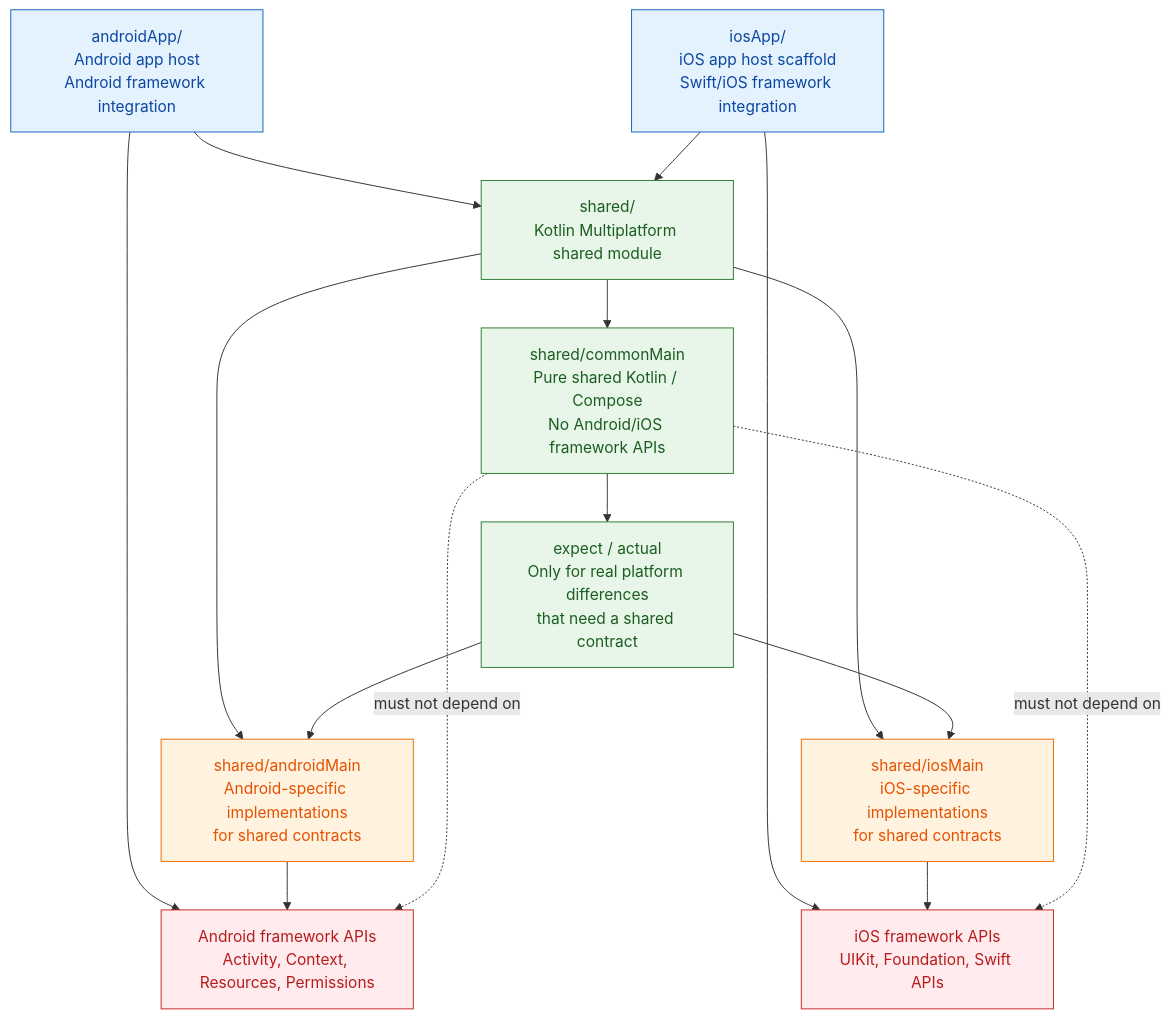
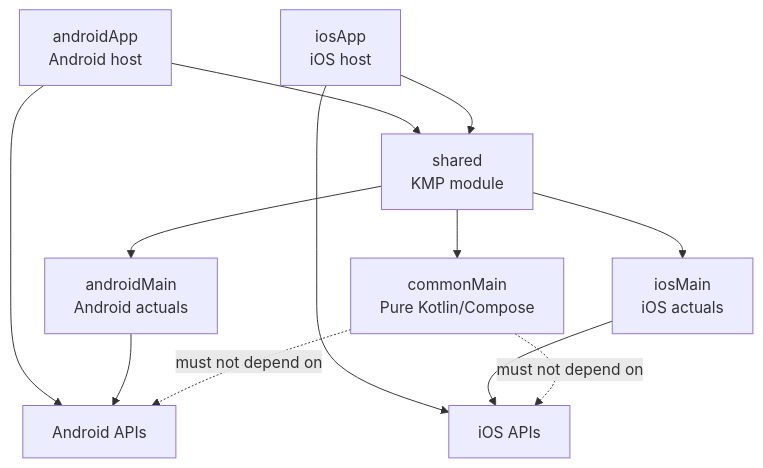
One commit to Deiivid/NeveraChef-AI changed the diagram in AGENTS.md. Above: the diagram before and after it, drawn with Mermaid. The commit also changed other lines of this file, not shown here.

````diff
--- a/AGENTS.md
+++ b/AGENTS.md
@@ -68,46 +106,14 @@
 ```mermaid
 flowchart TD
-    AndroidApp["androidApp/<br/>Android app host<br/>Android framework integration"]
-    IosApp["iosApp/<br/>iOS app host scaffold<br/>Swift/iOS framework integration"]
-
-    Shared["shared/<br/>Kotlin Multiplatform shared module"]
-
-    Common["shared/commonMain<br/>Pure shared Kotlin / Compose<br/>No Android/iOS framework APIs"]
-    AndroidMain["shared/androidMain<br/>Android-specific implementations<br/>for shared contracts"]
-    IosMain["shared/iosMain<br/>iOS-specific implementations<br/>for shared contracts"]
-
-    ExpectActual["expect / actual<br/>Only for real platform differences<br/>that need a shared contract"]
-
-    AndroidFramework["Android framework APIs<br/>Activity, Context, Resources, Permissions"]
-    IosFramework["iOS framework APIs<br/>UIKit, Foundation, Swift APIs"]
-
-    AndroidApp --> Shared
-    IosApp --> Shared
-
-    Shared --> Common
-    Shared --> AndroidMain
-    Shared --> IosMain
-
-    Common --> ExpectActual
-    ExpectActual --> AndroidMain
-    ExpectActual --> IosMain
-
-    AndroidApp --> AndroidFramework
-    IosApp --> IosFramework
-
+    AndroidApp["androidApp<br/>Android host"] --> Shared["shared<br/>KMP module"]
+    IosApp["iosApp<br/>iOS host"] --> Shared
+    Shared --> Common["commonMain<br/>Pure Kotlin/Compose"]
+    Shared --> AndroidMain["androidMain<br/>Android actuals"]
+    Shared --> IosMain["iosMain<br/>iOS actuals"]
+    AndroidApp --> AndroidFramework["Android APIs"]
     AndroidMain --> AndroidFramework
+    IosApp --> IosFramework["iOS APIs"]
     IosMain --> IosFramework
-
-    Common -. "must not depend on" .-> AndroidFramework
-    Common -. "must not depend on" .-> IosFramework
-
-    classDef app fill:#E3F2FD,stroke:#1565C0,stroke-width:1px,color:#0D47A1;
-    classDef shared fill:#E8F5E9,stroke:#2E7D32,stroke-width:1px,color:#1B5E20;
-    classDef platform fill:#FFF3E0,stroke:#EF6C00,stroke-width:1px,color:#E65100;
-    classDef warning fill:#FFEBEE,stroke:#C62828,stroke-width:1px,color:#B71C1C;
-
-    class AndroidApp,IosApp app;
-    class Shared,Common,ExpectActual shared;
-    class AndroidMain,IosMain platform;
-    class AndroidFramework,IosFramework warning;
+    Common -. must not depend on .-> AndroidFramework
+    Common -. must not depend on .-> IosFramework
 ```
````
